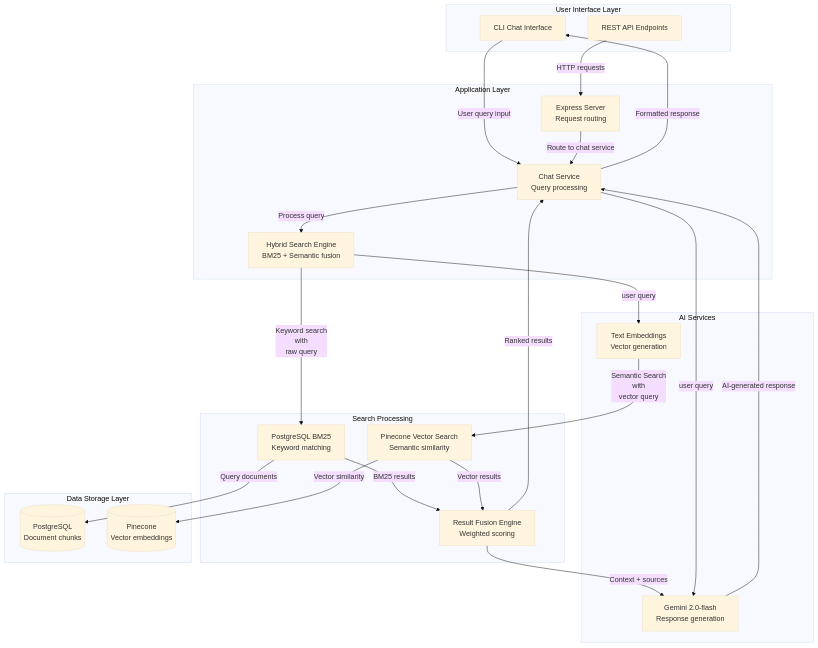
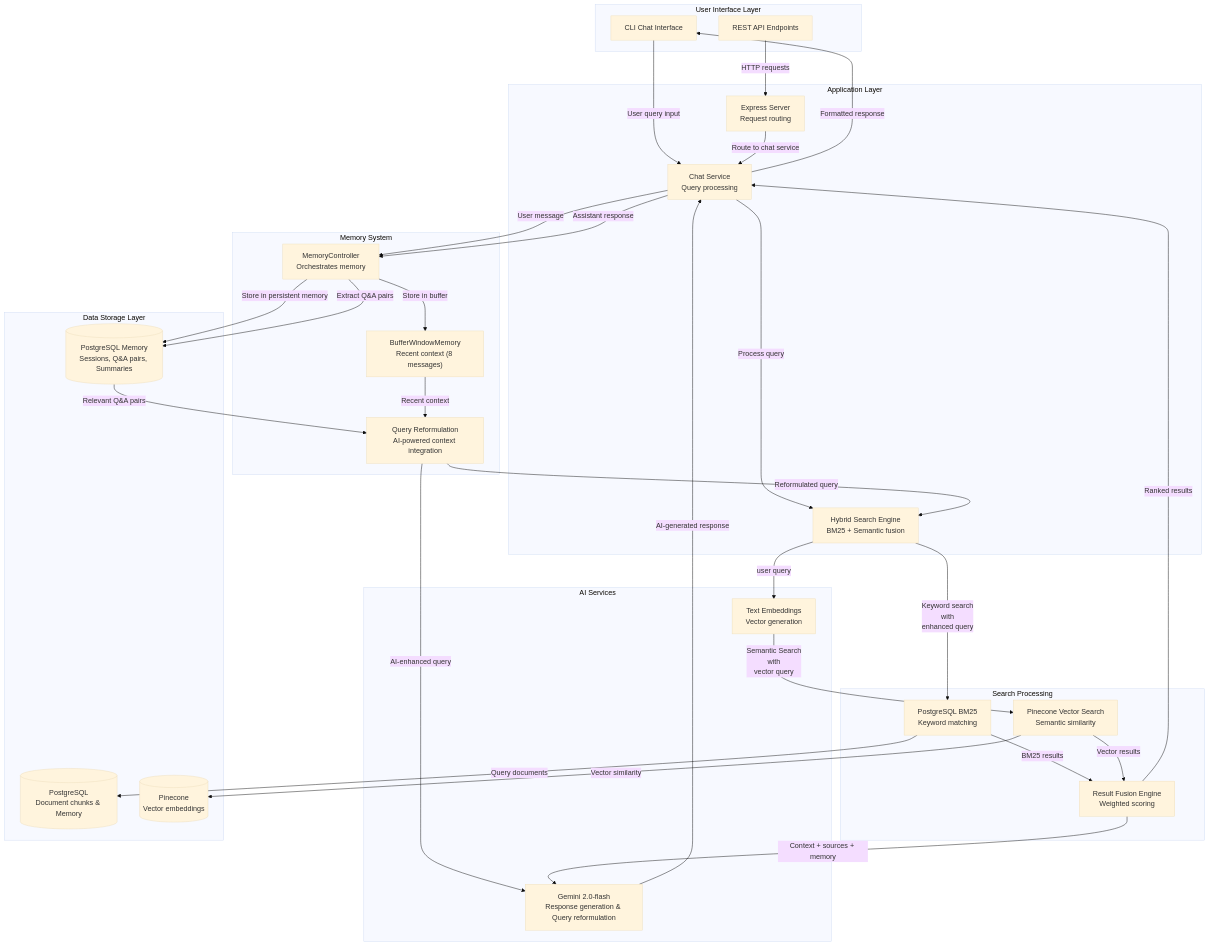
The first of 3 diagrams in PBL4/StripeCustomerSupportAgent/Backend/README.md (TEJ-Fellowship/pbl), drawn with Mermaid (base theme) before and after one commit. The commit also changed other lines of this file and 1 other file, not shown here.

Commit message:
feat(documentation): update documentation with memory system

````diff
--- a/PBL4/StripeCustomerSupportAgent/Backend/README.md
+++ b/PBL4/StripeCustomerSupportAgent/Backend/README.md
@@ -23,53 +25,70 @@
 ```mermaid
 graph TB
     subgraph "User Interface Layer"
         CLI["CLI Chat Interface"]
         API["REST API Endpoints"]
     end
 
     subgraph "Application Layer"
         CHAT["Chat Service<br/>Query processing"]
         SEARCH["Hybrid Search Engine<br/>BM25 + Semantic fusion"]
         SERVER["Express Server<br/>Request routing"]
     end
 
+    subgraph "Memory System"
+        BUFFER["BufferWindowMemory<br/>Recent context (8 messages)"]
+        MEMORY_CTRL["MemoryController<br/>Orchestrates memory"]
+        QUERY_REFORM["Query Reformulation<br/>AI-powered context integration"]
+    end
+
     subgraph "Search Processing"
         BM25["PostgreSQL BM25<br/>Keyword matching"]
         VECTOR["Pinecone Vector Search<br/>Semantic similarity"]
         FUSION["Result Fusion Engine<br/>Weighted scoring"]
     end
 
     subgraph "AI Services"
-        GEMINI["Gemini 2.0-flash<br/>Response generation"]
+        GEMINI["Gemini 2.0-flash<br/>Response generation & Query reformulation"]
         EMBEDDINGS["Text Embeddings<br/>Vector generation"]
     end
 
     subgraph "Data Storage Layer"
-        POSTGRES[("PostgreSQL<br/>Document chunks")]
+        POSTGRES[("PostgreSQL<br/>Document chunks & Memory")]
         PINECONE[("Pinecone<br/>Vector embeddings")]
+        MEMORY_DB[("PostgreSQL Memory<br/>Sessions, Q&A pairs, Summaries")]
     end
 
     %% User interaction flow
     CLI -->|"User query input"| CHAT
     API -->|"HTTP requests"| SERVER
     SERVER -->|"Route to chat service"| CHAT
     CHAT -->|"Formatted response"| CLI
 
-    %% Search orchestration
+    %% Memory processing flow
+    CHAT -->|"User message"| MEMORY_CTRL
+    MEMORY_CTRL -->|"Store in buffer"| BUFFER
+    MEMORY_CTRL -->|"Store in persistent memory"| MEMORY_DB
+    BUFFER -->|"Recent context"| QUERY_REFORM
+    MEMORY_DB -->|"Relevant Q&A pairs"| QUERY_REFORM
+    QUERY_REFORM -->|"AI-enhanced query"| GEMINI
+
+    %% Search orchestration with memory
     CHAT -->|"Process query"| SEARCH
-    SEARCH -->|"Keyword search</br>with</br>raw query"| BM25
+    QUERY_REFORM -->|"Reformulated query"| SEARCH
+    SEARCH -->|"Keyword search</br>with</br>enhanced query"| BM25
     BM25 -->|"Query documents"| POSTGRES
     VECTOR -->|"Vector similarity"| PINECONE
 
     %% Result processing
     BM25 -->|"BM25 results"| FUSION
     VECTOR -->|"Vector results"| FUSION
     FUSION -->|"Ranked results"| CHAT
-    FUSION -->|"Context + sources"| GEMINI
+    FUSION -->|"Context + sources + memory"| GEMINI
 
-    %% AI response generation
+    %% AI response generation with memory
     GEMINI -->|"AI-generated response"| CHAT
-    CHAT -->|"user query"| GEMINI
+    CHAT -->|"Assistant response"| MEMORY_CTRL
+    MEMORY_CTRL -->|"Extract Q&A pairs"| MEMORY_DB
     SEARCH -->|"user query"| EMBEDDINGS
     EMBEDDINGS -->|"Semantic Search</br>with</br>vector query"| VECTOR
 ```
````
